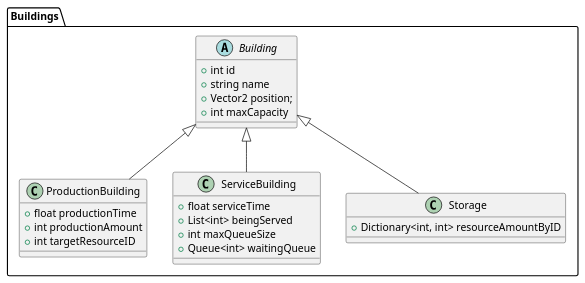
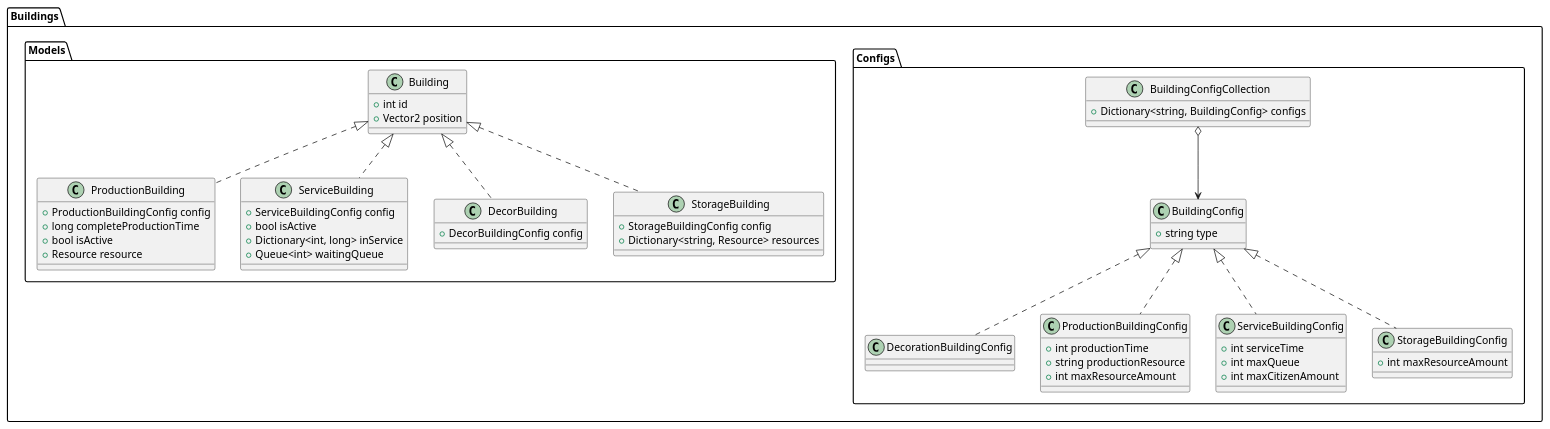
One commit to minusrep/Pivo-UML changed the diagram in Buildings.puml. Above: the diagram before and after it, drawn with PlantUML. The commit also changed 4 other files, not shown here.

```diff
--- a/Buildings.puml
+++ b/Buildings.puml
@@ -1,37 +1,89 @@
 @startuml
-package "Buildings" 
+
+package "Buildings"
 {
-    abstract class Building
+    package "Configs"{
+        
+        class BuildingConfigCollection 
+        {
+            +Dictionary<string, BuildingConfig> configs
+        }
+        
+        class BuildingConfig
+        {
+            +string type
+        }
+        
+        class DecorationBuildingConfig
+        {
+        }
+        
+        class ProductionBuildingConfig
+        {
+            +int productionTime        
+            +string productionResource
+            +int maxResourceAmount
+        }
+        
+        class ServiceBuildingConfig 
+        {
+            +int serviceTime
+            +int maxQueue
+            +int maxCitizenAmount
+        }
+        
+        class StorageBuildingConfig 
+        {
+            +int maxResourceAmount
+        }
+        
+        BuildingConfig <|.. DecorationBuildingConfig  
+        BuildingConfig <|.. ProductionBuildingConfig  
+        BuildingConfig <|.. ServiceBuildingConfig  
+        BuildingConfig <|.. StorageBuildingConfig  
+        BuildingConfigCollection o--> BuildingConfig 
+    }
+
+    package "Models"
     {
-        +int id
-        +string name
-        +Vector2 position;
-        +int maxCapacity
+        class Building
+        {
+            +int id
+            +Vector2 position
+        }
+        
+        class ProductionBuilding
+        {
+            +ProductionBuildingConfig config
+            +long completeProductionTime
+            +bool isActive
+            +Resource resource
+        }
+        
+        class ServiceBuilding
+        {
+            +ServiceBuildingConfig config
+            +bool isActive
+            +Dictionary<int, long> inService
+            +Queue<int> waitingQueue
+        }
+        
+        class DecorBuilding
+        {
+            +DecorBuildingConfig config
+        }
+        
+        class StorageBuilding
+        {
+            +StorageBuildingConfig config
+            +Dictionary<string, Resource> resources
+        }
+        
+        Building <|.. ProductionBuilding
+        Building <|.. ServiceBuilding
+        Building <|.. DecorBuilding
+        Building <|.. StorageBuilding
     }
-    
-    class ProductionBuilding 
-    {
-        +float productionTime
-        +int productionAmount
-        +int targetResourceID
-    }
-    
-    class ServiceBuilding
-    {
-        +float serviceTime
-        +List<int> beingServed
-        +int maxQueueSize
-        +Queue<int> waitingQueue
-    }
-    
-    class Storage
-    {
-        +Dictionary<int, int> resourceAmountByID
-    }
-    
-    Building <|-- ProductionBuilding
-    Building <|-- ServiceBuilding
-    Building <|-- Storage
 }
 
 @enduml
```
